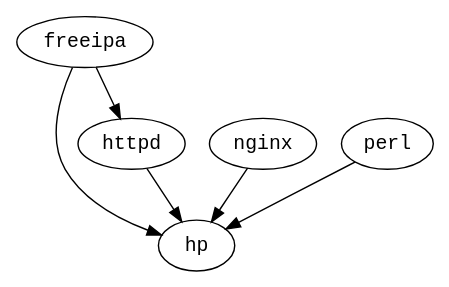
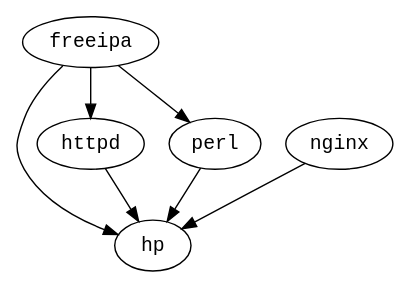
One commit to fedora-modularity/dependency-report changed the diagram in img/module-deps.dot. Above: the diagram before and after it, drawn with Graphviz. The commit also changed 1 other file, not shown here.

```diff
--- a/img/module-deps.dot
+++ b/img/module-deps.dot
@@ -1,10 +1,9 @@
 strict digraph G {
   node [fontname=monospace];
   "freeipa" -> "hp";
   "freeipa" -> "httpd";
-  "freeipa" -> "httpd";
-  "freeipa" -> "httpd";
+  "freeipa" -> "perl";
   "httpd" -> "hp";
   "nginx" -> "hp";
   "perl" -> "hp";
 }
```
